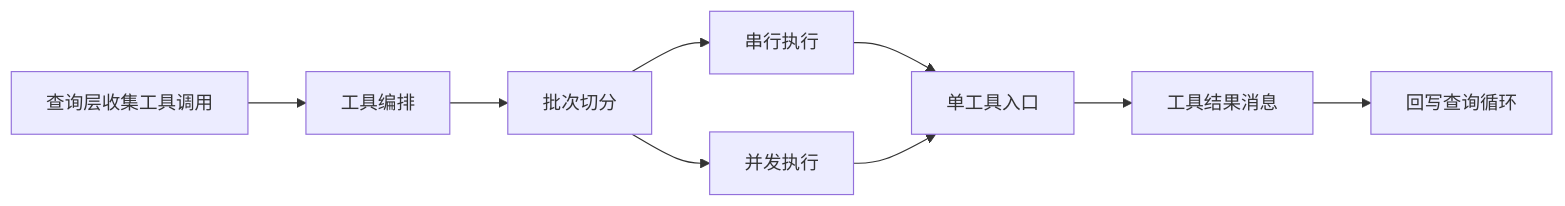
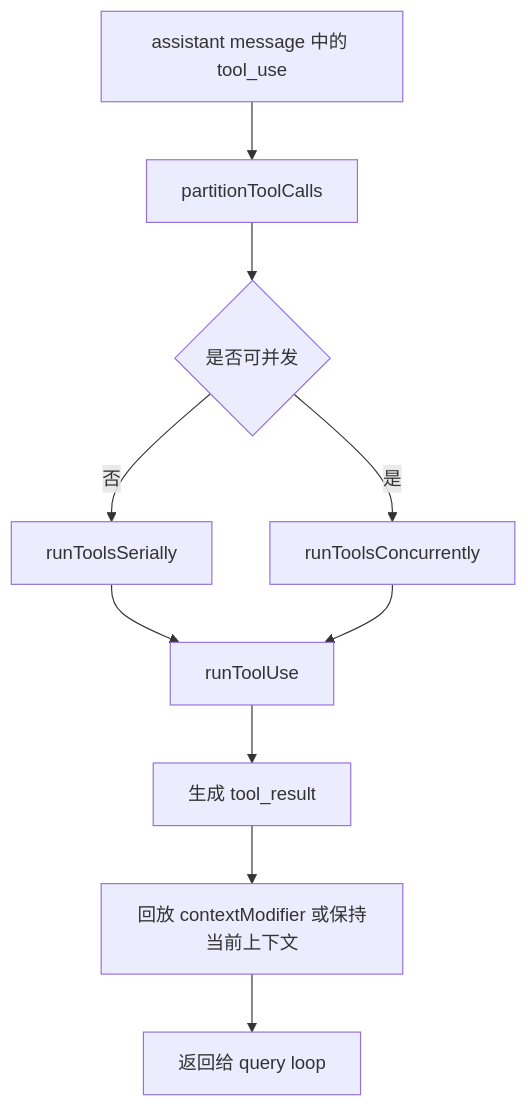
One commit to friendlyhank/claude-code-annotated changed the diagram in notes/reviews/04-tool-execution-layer.md. Above: the diagram before and after it, drawn with Mermaid. The commit also changed other lines of this file and 8 other files, not shown here.

````diff
--- a/notes/reviews/04-tool-execution-layer.md
+++ b/notes/reviews/04-tool-execution-layer.md
@@ -18,11 +42,12 @@
 ```mermaid
-flowchart LR
-    Detect[查询层收集工具调用] --> Orchestrate[工具编排]
-    Orchestrate --> Batch[批次切分]
-    Batch --> Serial[串行执行]
-    Batch --> Concurrent[并发执行]
-    Serial --> Execute[单工具入口]
-    Concurrent --> Execute
-    Execute --> Result[工具结果消息]
-    Result --> Query[回写查询循环]
+flowchart TD
+    A[assistant message 中的 tool_use] --> B[partitionToolCalls]
+    B --> C{是否可并发}
+    C -->|否| D[runToolsSerially]
+    C -->|是| E[runToolsConcurrently]
+    D --> F[runToolUse]
+    E --> F
+    F --> G[生成 tool_result]
+    G --> H[回放 contextModifier 或保持当前上下文]
+    H --> I[返回给 query loop]
 ```
````
